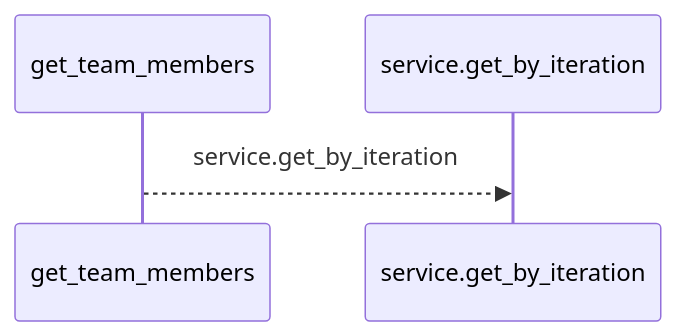
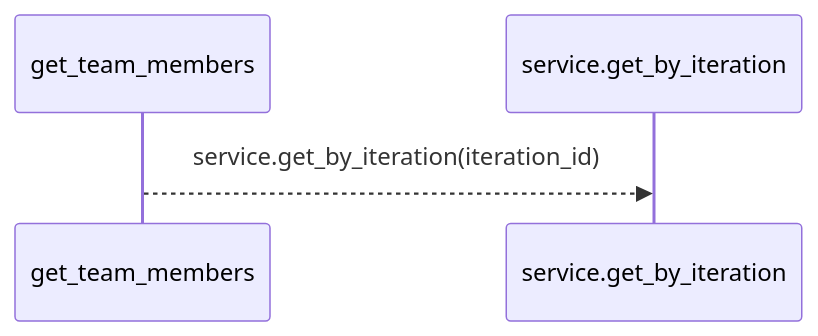
Before and after one commit to Denissvgn/WorkChord: the first of 2 diagrams in docs/llm_wiki/flows/http-get_team_members.md, drawn with Mermaid. The commit also changed other lines of this file and 25171 other files, not shown here.

````diff
--- a/docs/llm_wiki/flows/http-get_team_members.md
+++ b/docs/llm_wiki/flows/http-get_team_members.md
@@ -10,6 +12,6 @@
 ```mermaid
 sequenceDiagram
     participant p0 as get_team_members
     participant p1 as service.get_by_iteration
-    p0-->>p1: service.get_by_iteration
+    p0-->>p1: service.get_by_iteration(iteration_id)
 ```
````
